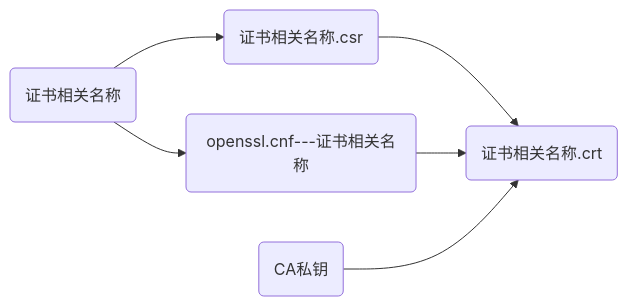
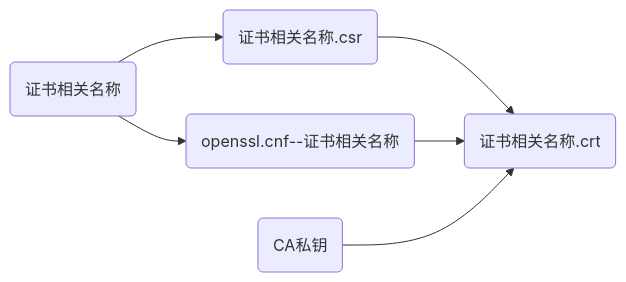
Before and after one commit to kevinzu007/zzxia-openssl-ca-server: the fourth of 5 diagrams in README.md, drawn with Mermaid. The commit also changed other lines of this file and 10 other files, not shown here.

````diff
--- a/README.md
+++ b/README.md
@@ -269,10 +269,10 @@
 ```mermaid
 graph LR;
 0(CA私钥)
 1(证书相关名称)
-1-->3(openssl.cnf---证书相关名称)
+1-->3(openssl.cnf--证书相关名称)
 1-->5(证书相关名称.csr)
 5-->6(证书相关名称.crt)
 3-->6
 0-->6
 ```
````
